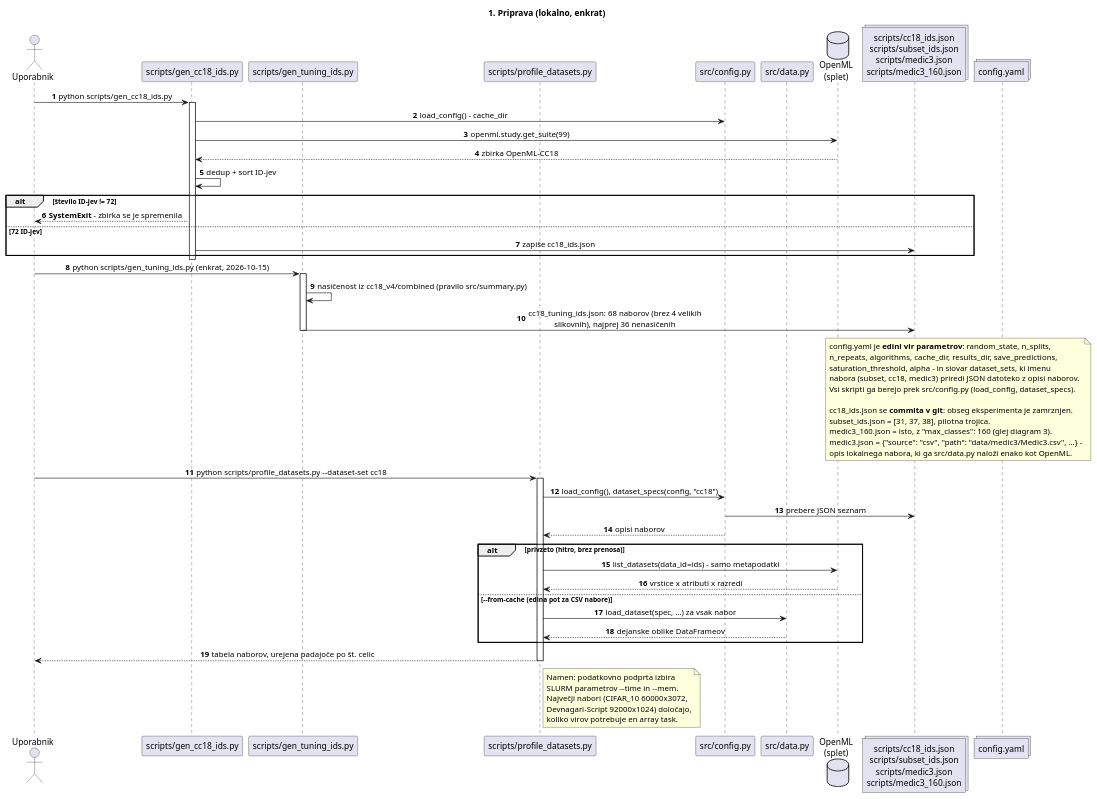
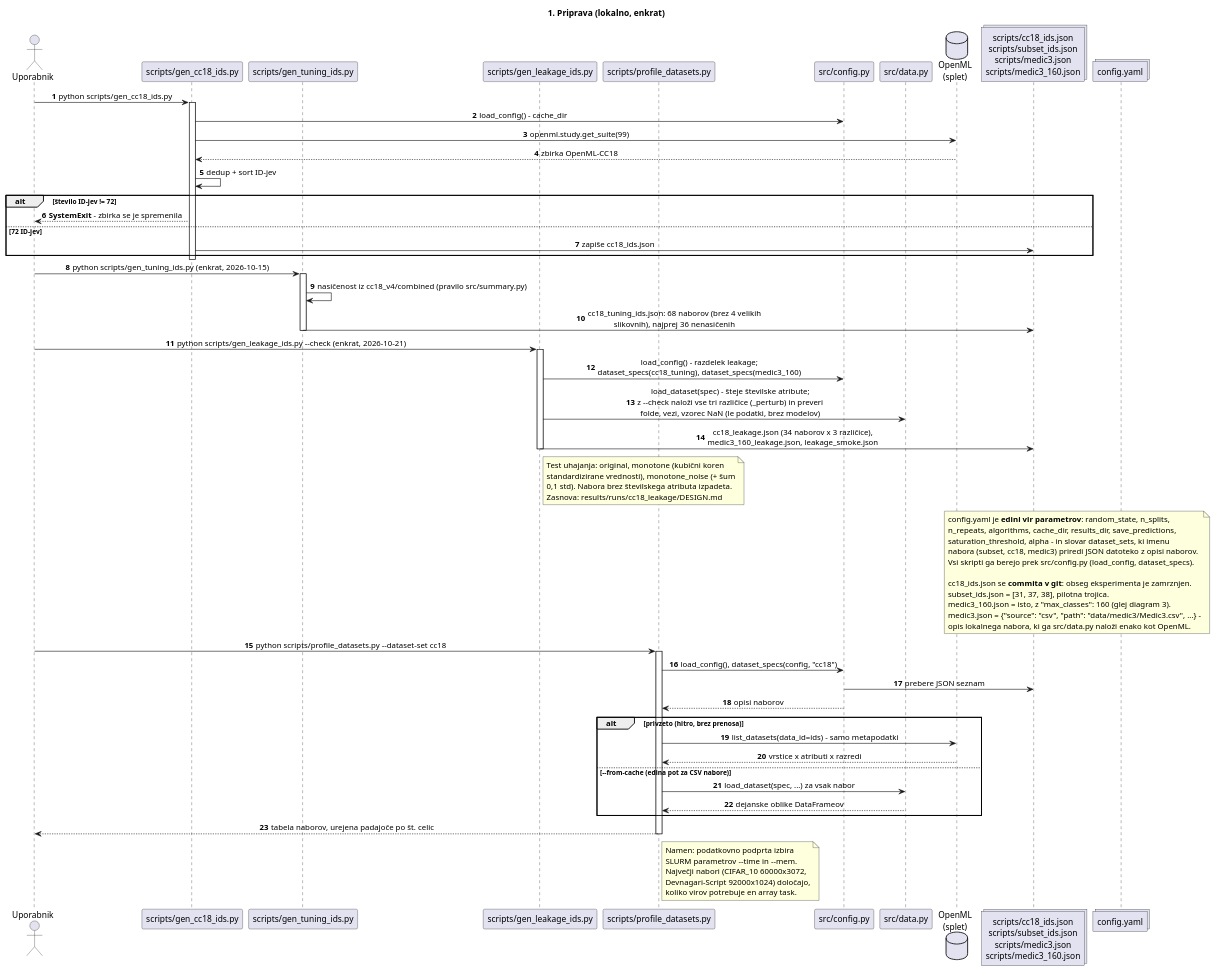
Before and after one commit to TilenZrnec/Diplomsko-delo_Koda: the first of 4 diagrams in razlaga_repozitorija/zaporedje.puml, drawn with PlantUML. The commit also changed other lines of this file and 15 other files, not shown here.

First line of the commit message:
Add the leakage test: dataset variants, SLURM scripts and pre-registered analysis

```diff
--- a/razlaga_repozitorija/zaporedje.puml
+++ b/razlaga_repozitorija/zaporedje.puml
@@ -23,73 +23,87 @@
 @startuml 01_priprava
 title 1. Priprava (lokalno, enkrat)
 
 skinparam sequenceMessageAlign center
 autonumber
 
 actor "Uporabnik" as U
 participant "scripts/gen_cc18_ids.py" as GEN
 participant "scripts/gen_tuning_ids.py" as GENT
+participant "scripts/gen_leakage_ids.py" as GENL
 participant "scripts/profile_datasets.py" as PROF
 participant "src/config.py" as CFGPY
 participant "src/data.py" as DATA
 database "OpenML\n(splet)" as OML
 collections "scripts/cc18_ids.json\nscripts/subset_ids.json\nscripts/medic3.json\nscripts/medic3_160.json" as IDS
 collections "config.yaml" as CFG
 
 U -> GEN : python scripts/gen_cc18_ids.py
 activate GEN
 GEN -> CFGPY : load_config() - cache_dir
 GEN -> OML : openml.study.get_suite(99)
 OML --> GEN : zbirka OpenML-CC18
 GEN -> GEN : dedup + sort ID-jev
 alt število ID-jev != 72
     GEN --> U : **SystemExit** - zbirka se je spremenila
 else 72 ID-jev
     GEN -> IDS : zapiše cc18_ids.json
 end
 deactivate GEN
 
 U -> GENT : python scripts/gen_tuning_ids.py (enkrat, 2026-10-15)
 activate GENT
 GENT -> GENT : nasičenost iz cc18_v4/combined (pravilo src/summary.py)
 GENT -> IDS : cc18_tuning_ids.json: 68 naborov (brez 4 velikih\nslikovnih), najprej 36 nenasičenih
 deactivate GENT
+
+U -> GENL : python scripts/gen_leakage_ids.py ~--check (enkrat, 2026-10-21)
+activate GENL
+GENL -> CFGPY : load_config() - razdelek leakage;\ndataset_specs(cc18_tuning), dataset_specs(medic3_160)
+GENL -> DATA : load_dataset(spec) - šteje številske atribute;\nz ~--check naloži vse tri različice (_perturb) in preveri\nfolde, vezi, vzorec NaN (le podatki, brez modelov)
+GENL -> IDS : cc18_leakage.json (34 naborov x 3 različice),\nmedic3_160_leakage.json, leakage_smoke.json
+deactivate GENL
+note right of GENL
+  Test uhajanja: original, monotone (kubični koren
+  standardizirane vrednosti), monotone_noise (+ šum
+  0,1 std). Nabora brez številskega atributa izpadeta.
+  Zasnova: results/runs/cc18_leakage/DESIGN.md
+end note
 
 note over IDS, CFG
   config.yaml je **edini vir parametrov**: random_state, n_splits,
   n_repeats, algorithms, cache_dir, results_dir, save_predictions,
   saturation_threshold, alpha - in slovar dataset_sets, ki imenu
   nabora (subset, cc18, medic3) priredi JSON datoteko z opisi naborov.
   Vsi skripti ga berejo prek src/config.py (load_config, dataset_specs).
 
   cc18_ids.json se **commita v git**: obseg eksperimenta je zamrznjen.
   subset_ids.json = [31, 37, 38], pilotna trojica.
   medic3_160.json = isto, z "max_classes": 160 (glej diagram 3).
   medic3.json = {"source": "csv", "path": "data/medic3/Medic3.csv", ...} -
   opis lokalnega nabora, ki ga src/data.py naloži enako kot OpenML.
 end note
 
 U -> PROF : python scripts/profile_datasets.py ~--dataset-set cc18
 activate PROF
 PROF -> CFGPY : load_config(), dataset_specs(config, "cc18")
 CFGPY -> IDS : prebere JSON seznam
 CFGPY --> PROF : opisi naborov
 alt privzeto (hitro, brez prenosa)
     PROF -> OML : list_datasets(data_id=ids) - samo metapodatki
     OML --> PROF : vrstice x atributi x razredi
 else ~--from-cache (edina pot za CSV nabore)
     PROF -> DATA : load_dataset(spec, ...) za vsak nabor
     DATA --> PROF : dejanske oblike DataFrameov
 end
 PROF --> U : tabela naborov, urejena padajoče po št. celic
 deactivate PROF
 
 note right of PROF
   Namen: podatkovno podprta izbira
   SLURM parametrov ~--time in ~--mem.
   Največji nabori (CIFAR_10 60000x3072,
   Devnagari-Script 92000x1024) določajo,
   koliko virov potrebuje en array task.
 end note
 
 @enduml
```
